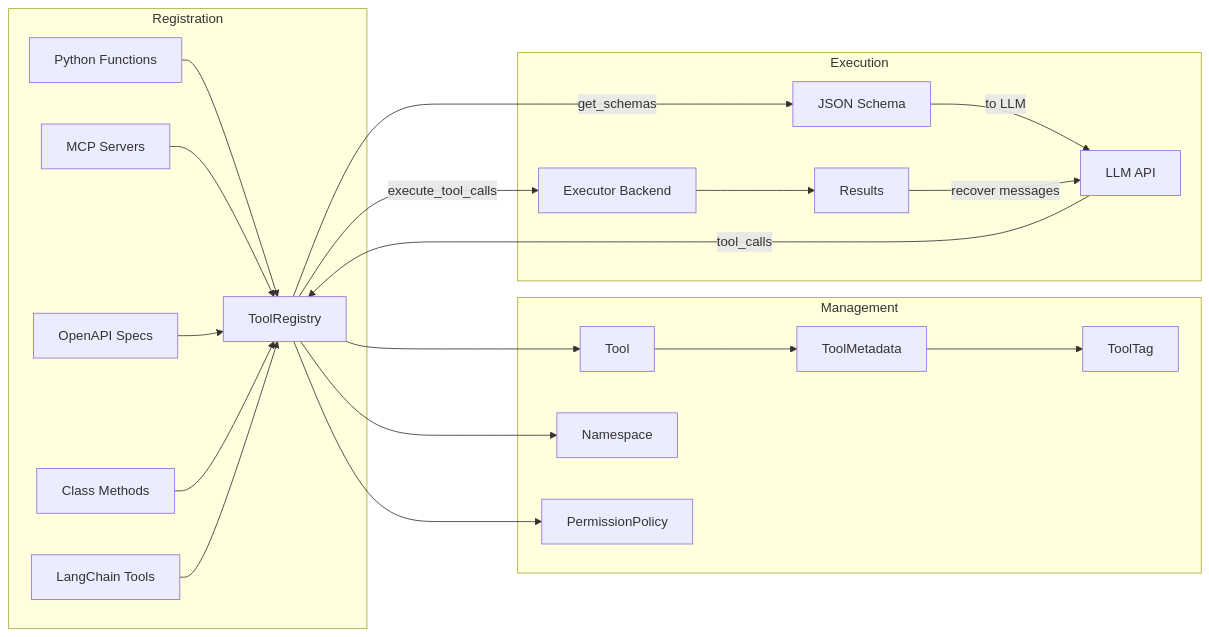
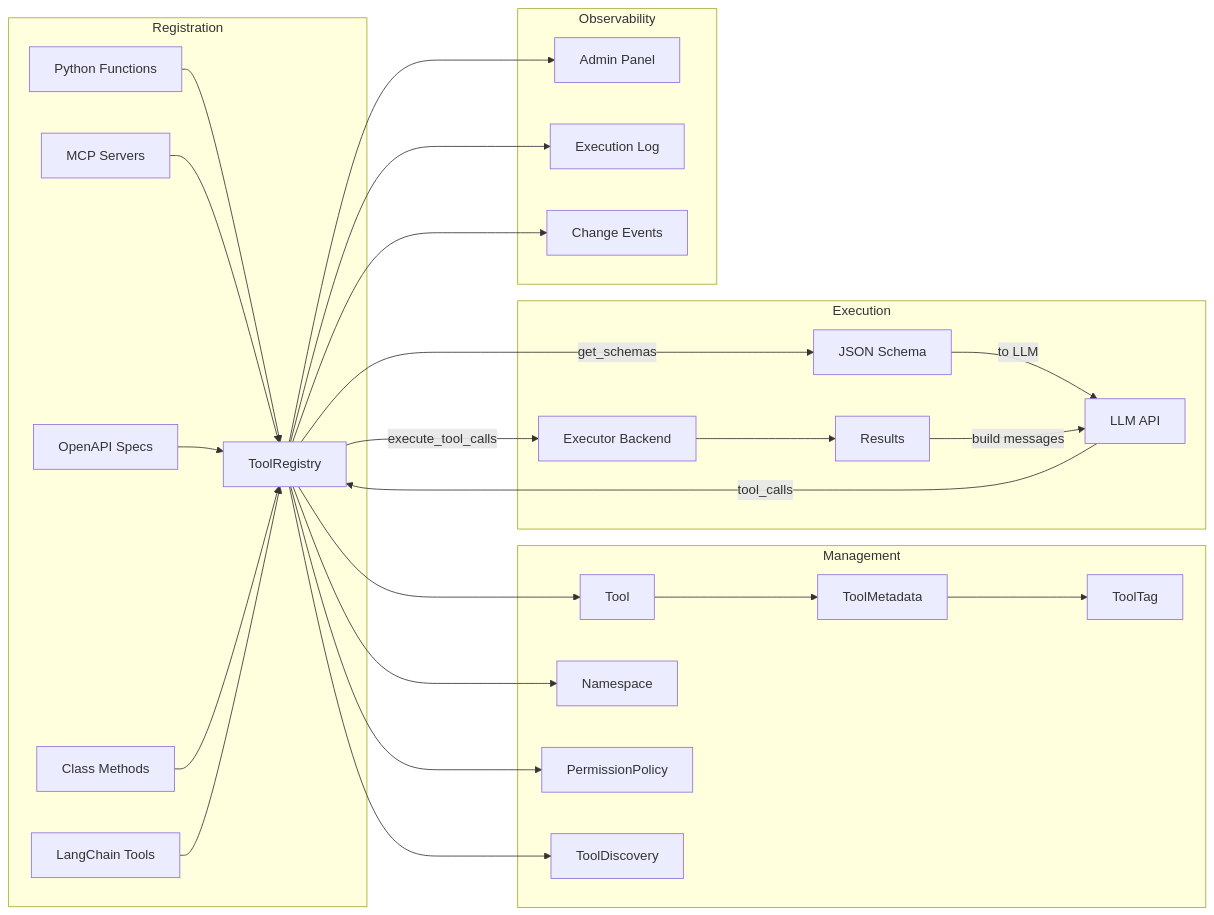
One commit to Oaklight/ToolRegistry changed the first of 2 diagrams in docs/architecture/overview.md. Above: the diagram before and after it, drawn with Mermaid. The commit also changed other lines of this file, not shown here.

First line of the commit message:
docs: rewrite architecture overview with comprehensive coverage

````diff
--- a/docs/architecture/overview.md
+++ b/docs/architecture/overview.md
@@ -20,27 +20,34 @@
 ```mermaid
 graph LR
     subgraph Registration
         F[Python Functions] --> R[ToolRegistry]
         MCP[MCP Servers] --> R
         OA[OpenAPI Specs] --> R
         CL[Class Methods] --> R
         LC[LangChain Tools] --> R
     end
 
     subgraph Management
         R --> T[Tool]
         T --> TM[ToolMetadata]
         TM --> TT[ToolTag]
         R --> NS[Namespace]
         R --> PP[PermissionPolicy]
+        R --> TD[ToolDiscovery]
     end
 
     subgraph Execution
         R -->|get_schemas| S[JSON Schema]
         S -->|to LLM| LLM[LLM API]
         LLM -->|tool_calls| R
         R -->|execute_tool_calls| BE[Executor Backend]
         BE --> RES[Results]
-        RES -->|recover messages| LLM
+        RES -->|build messages| LLM
+    end
+
+    subgraph Observability
+        R --> AL[Admin Panel]
+        R --> EL[Execution Log]
+        R --> CB[Change Events]
     end
 ```
````
